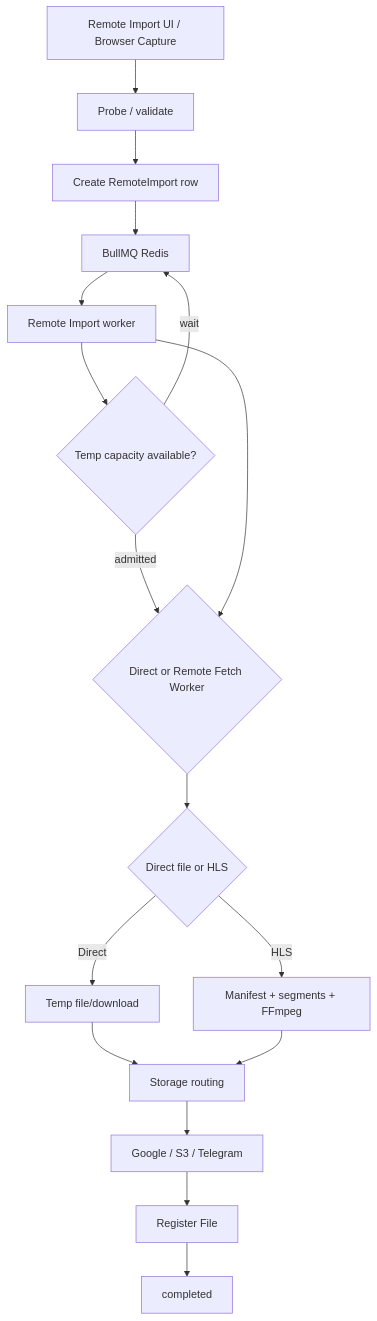
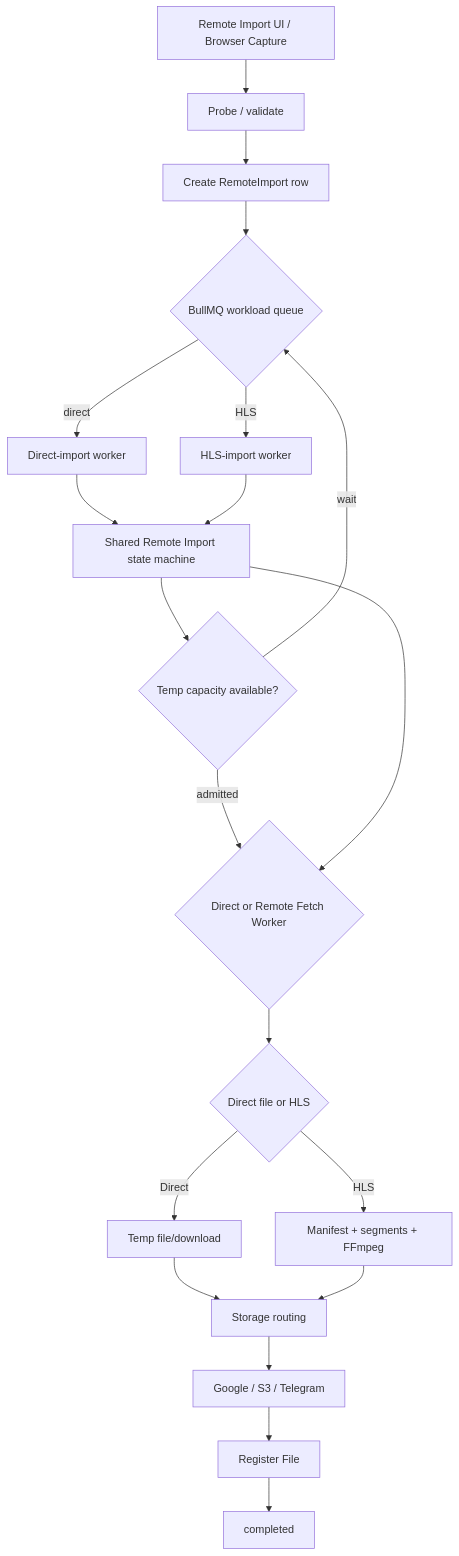
The diagram in docs/application/workflows/remote-import.md (verdymas/9drive), drawn with Mermaid before and after one commit. The commit also changed 12 other files, not shown here.

Commit message:
feat(remote-import): separate direct and hls worker budgets

````diff
--- a/docs/application/workflows/remote-import.md
+++ b/docs/application/workflows/remote-import.md
@@ -3,19 +3,22 @@
 ```mermaid
 flowchart TD
   UI[Remote Import UI / Browser Capture] --> Probe[Probe / validate]
   Probe --> Create[Create RemoteImport row]
-  Create --> Queue[BullMQ Redis]
-Queue --> Worker[Remote Import worker]
+Create --> Queue{BullMQ workload queue}
+Queue -->|direct| DirectWorker[Direct-import worker]
+Queue -->|HLS| HlsWorker[HLS-import worker]
+DirectWorker --> Worker[Shared Remote Import state machine]
+HlsWorker --> Worker
 Worker --> Capacity{Temp capacity available?}
 Capacity -->|wait| Queue
 Capacity -->|admitted| Fetch
 Worker --> Fetch{Direct or Remote Fetch Worker}
   Fetch --> Type{Direct file or HLS}
   Type -->|Direct| Temp[Temp file/download]
   Type -->|HLS| HLS[Manifest + segments + FFmpeg]
   Temp --> Placement[Storage routing]
   HLS --> Placement
   Placement --> Upload[Google / S3 / Telegram]
   Upload --> Register[Register File]
   Register --> Done[completed]
 ```
````
